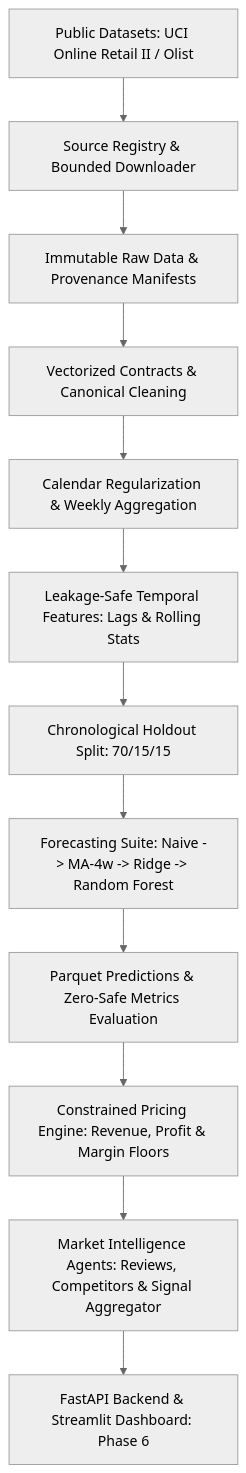
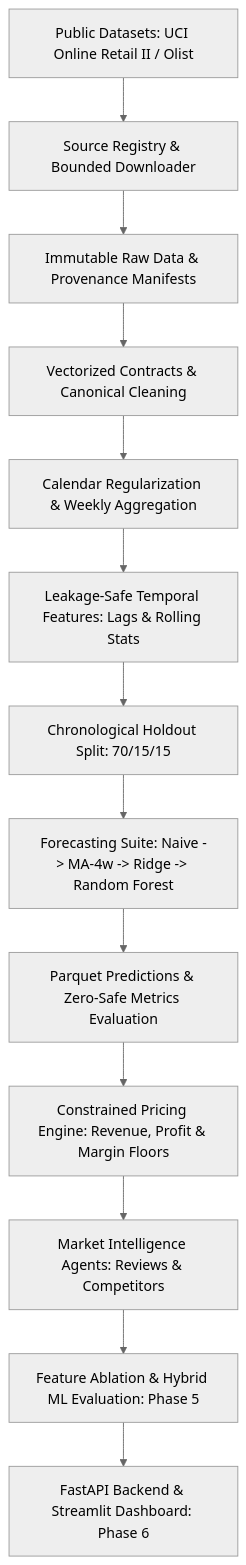
Before and after one commit to Gokulnaath-N/MarketLens-Agentic-Dynamic-Pricing-Intelligence-Platform: the diagram in README.md, drawn with Mermaid (neutral theme). The commit also changed other lines of this file and 17 other files, not shown here.

Commit message:
feat(phase-5): implement hybrid ML feature ablation runner, temporal signal joins, and scientific evaluation

````diff
--- a/README.md
+++ b/README.md
@@ -31,14 +31,15 @@
 ```mermaid
 flowchart TD
     A[Public Datasets: UCI Online Retail II / Olist] --> B[Source Registry & Bounded Downloader]
     B --> C[Immutable Raw Data & Provenance Manifests]
     C --> D[Vectorized Contracts & Canonical Cleaning]
     D --> E[Calendar Regularization & Weekly Aggregation]
     E --> F[Leakage-Safe Temporal Features: Lags & Rolling Stats]
     F --> G[Chronological Holdout Split: 70/15/15]
     G --> H[Forecasting Suite: Naive -> MA-4w -> Ridge -> Random Forest]
     H --> I[Parquet Predictions & Zero-Safe Metrics Evaluation]
     I --> J[Constrained Pricing Engine: Revenue, Profit & Margin Floors]
-    J --> K[Market Intelligence Agents: Reviews, Competitors & Signal Aggregator]
-    K --> L[FastAPI Backend & Streamlit Dashboard: Phase 6]
+    J --> K[Market Intelligence Agents: Reviews & Competitors]
+    K --> L[Feature Ablation & Hybrid ML Evaluation: Phase 5]
+    L --> M[FastAPI Backend & Streamlit Dashboard: Phase 6]
 ```
````
